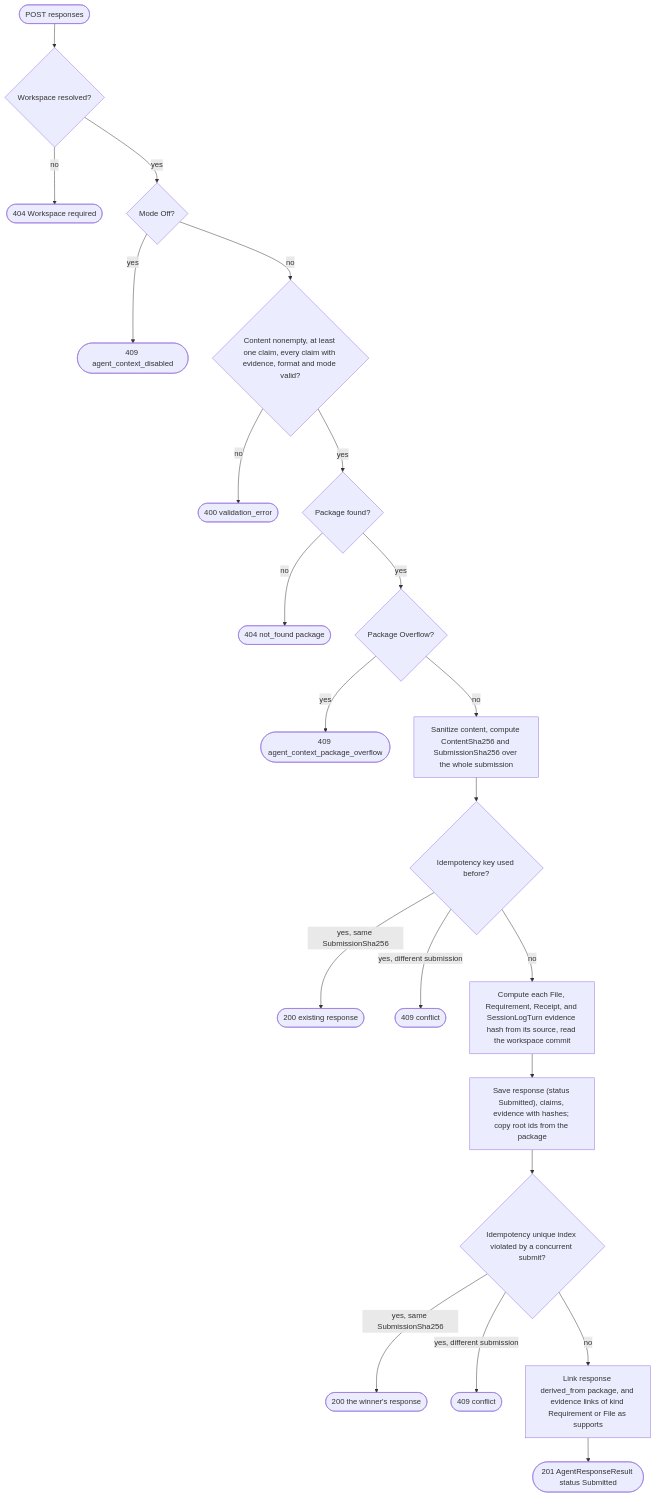
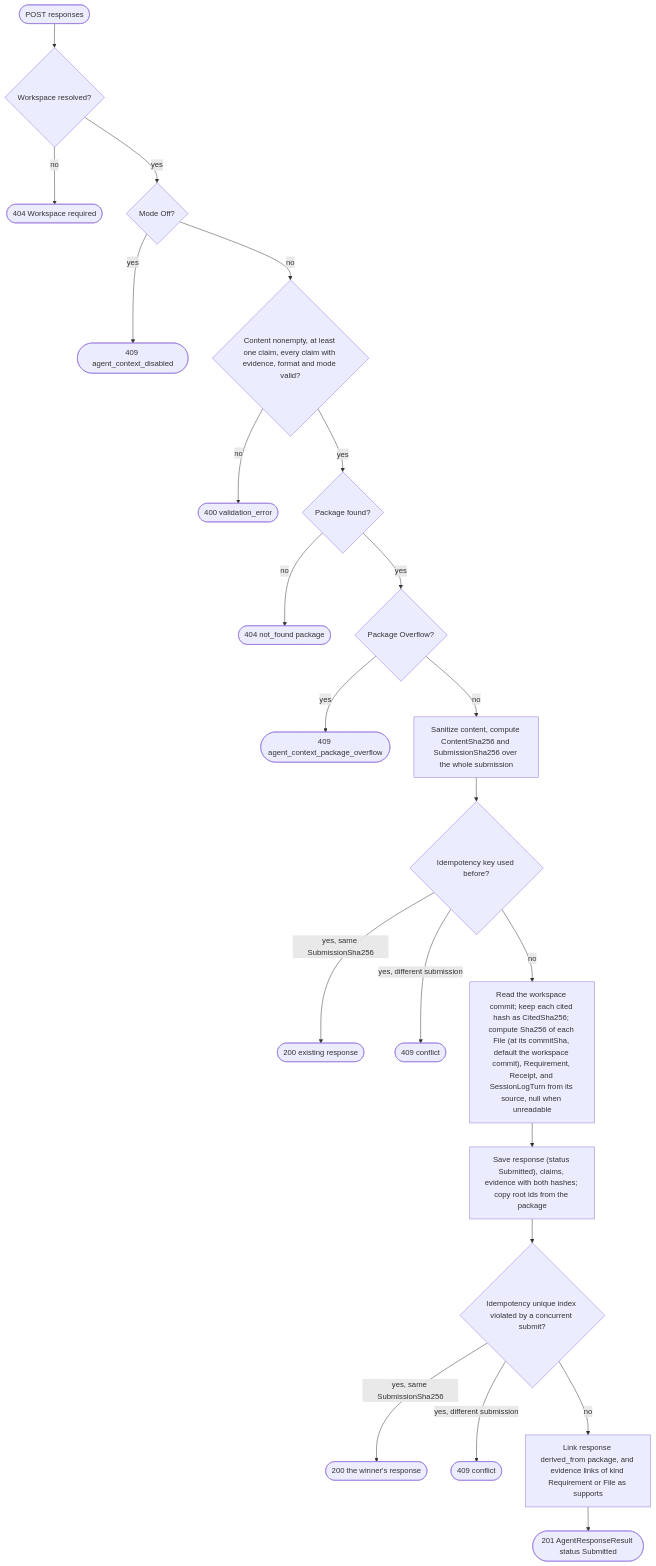
The eighth of 59 diagrams in docs/Stateless-Agent-Context-Management.md (sharpninja/McpServer), drawn with Mermaid before and after one commit. The commit also changed other lines of this file and 2 other files, not shown here.

````diff
--- a/docs/Stateless-Agent-Context-Management.md
+++ b/docs/Stateless-Agent-Context-Management.md
@@ -439,24 +446,24 @@
 ```mermaid
 flowchart TD
     S(["POST responses"]) --> W{"Workspace resolved?"}
     W -->|no| E0(["404 Workspace required"])
     W -->|yes| MO{"Mode Off?"}
     MO -->|yes| E1(["409 agent_context_disabled"])
     MO -->|no| V{"Content nonempty, at least one claim, every claim with evidence, format and mode valid?"}
     V -->|no| E2(["400 validation_error"])
     V -->|yes| P{"Package found?"}
     P -->|no| E3(["404 not_found package"])
     P -->|yes| OV{"Package Overflow?"}
     OV -->|yes| E4(["409 agent_context_package_overflow"])
     OV -->|no| FP["Sanitize content, compute ContentSha256 and SubmissionSha256 over the whole submission"]
     FP --> ID{"Idempotency key used before?"}
     ID -->|yes, same SubmissionSha256| EX(["200 existing response"])
     ID -->|yes, different submission| E5(["409 conflict"])
-    ID -->|no| SAN["Compute each File, Requirement, Receipt, and SessionLogTurn evidence hash from its source, read the workspace commit"]
-    SAN --> SV["Save response (status Submitted), claims, evidence with hashes; copy root ids from the package"]
+    ID -->|no| SAN["Read the workspace commit; keep each cited hash as CitedSha256; compute Sha256 of each File (at its commitSha, default the workspace commit), Requirement, Receipt, and SessionLogTurn from its source, null when unreadable"]
+    SAN --> SV["Save response (status Submitted), claims, evidence with both hashes; copy root ids from the package"]
     SV --> RACE{"Idempotency unique index violated by a concurrent submit?"}
     RACE -->|yes, same SubmissionSha256| EX2(["200 the winner's response"])
     RACE -->|yes, different submission| E6(["409 conflict"])
     RACE -->|no| REL["Link response derived_from package, and evidence links of kind Requirement or File as supports"]
     REL --> OK(["201 AgentResponseResult status Submitted"])
 ```
````
